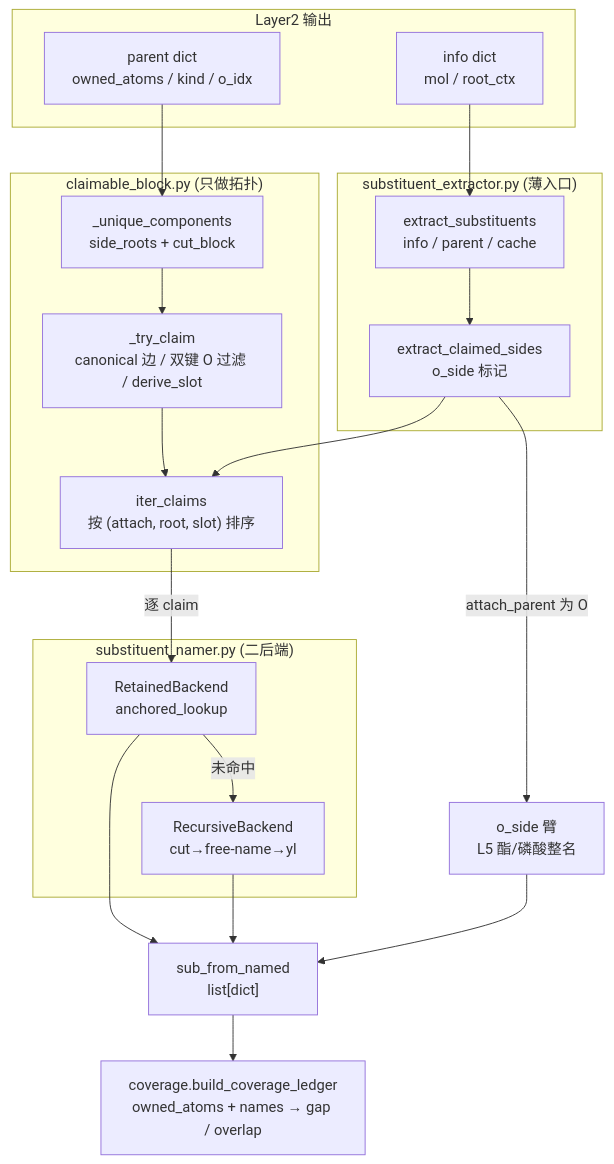
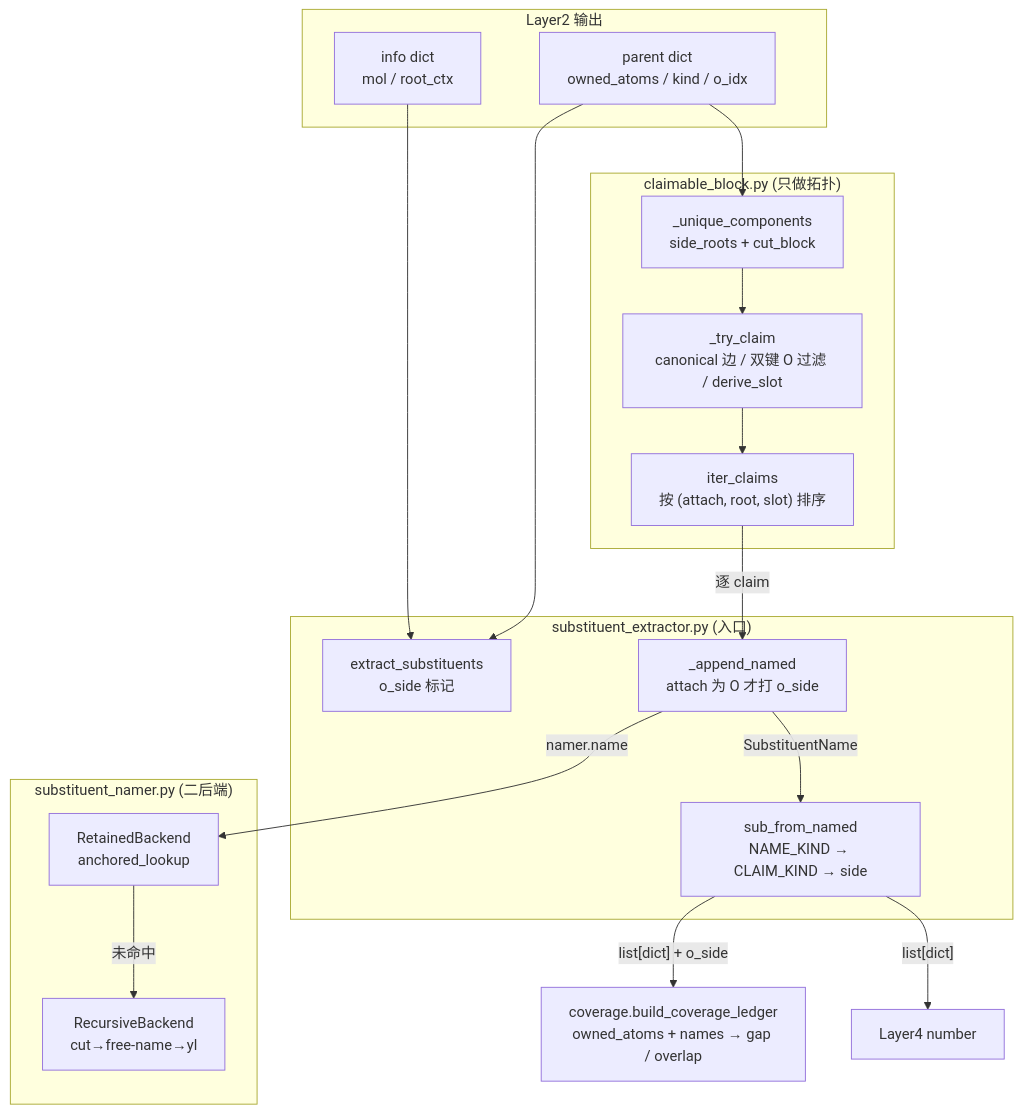
The first of 2 diagrams in docs/wiki/architecture/layer3-substituents.md (zouxiaofei1/OpenSMILES), drawn with Mermaid before and after one commit. The commit also changed other lines of this file and 20 other files, not shown here.

````diff
--- a/docs/wiki/architecture/layer3-substituents.md
+++ b/docs/wiki/architecture/layer3-substituents.md
@@ -129,39 +127,38 @@
 ```mermaid
 flowchart TD
     subgraph L2["Layer2 输出"]
         PARENT["parent dict<br/>owned_atoms / kind / o_idx"]
         INFO["info dict<br/>mol / root_ctx"]
     end
 
-    subgraph EXTRACT["substituent_extractor.py (薄入口)"]
-        ENTRY["extract_substituents<br/>info / parent / cache"]
-        CLAIMSIDE["extract_claimed_sides<br/>o_side 标记"]
+    subgraph EXTRACT["substituent_extractor.py (入口)"]
+        ENTRY["extract_substituents<br/>o_side 标记"]
+        APPEND["_append_named<br/>attach 为 O 才打 o_side"]
+        SUB["sub_from_named<br/>NAME_KIND → CLAIM_KIND → side"]
     end
 
     subgraph BLOCK["claimable_block.py (只做拓扑)"]
         COMP["_unique_components<br/>side_roots + cut_block"]
         TRY["_try_claim<br/>canonical 边 / 双键 O 过滤 / derive_slot"]
         ITER["iter_claims<br/>按 (attach, root, slot) 排序"]
     end
 
     subgraph NAMER["substituent_namer.py (二后端)"]
         RETAINED["RetainedBackend<br/>anchored_lookup"]
         RECURSE["RecursiveBackend<br/>cut→free-name→yl"]
     end
 
     LEDGER["coverage.build_coverage_ledger<br/>owned_atoms + names → gap / overlap"]
 
     INFO --> ENTRY
-    ENTRY --> CLAIMSIDE
     PARENT --> COMP
+    PARENT --> ENTRY
     COMP --> TRY
     TRY --> ITER
-    CLAIMSIDE --> ITER
-    ITER -- "逐 claim" --> RETAINED
+    ITER -- "逐 claim" --> APPEND
+    APPEND -- "namer.name" --> RETAINED
     RETAINED -- "未命中" --> RECURSE
-    CLAIMSIDE -- "attach_parent 为 O" --> OSIDE["o_side 臂<br/>L5 酯/磷酸整名"]
-    RETAINED --> SUBST["sub_from_named<br/>list[dict]"]
-    RECURSE --> SUBST
-    OSIDE --> SUBST
-    SUBST --> LEDGER
+    APPEND -- "SubstituentName" --> SUB
+    SUB -- "list[dict] + o_side" --> LEDGER
+    SUB -- "list[dict]" --> L4["Layer4 number"]
 ```
````
